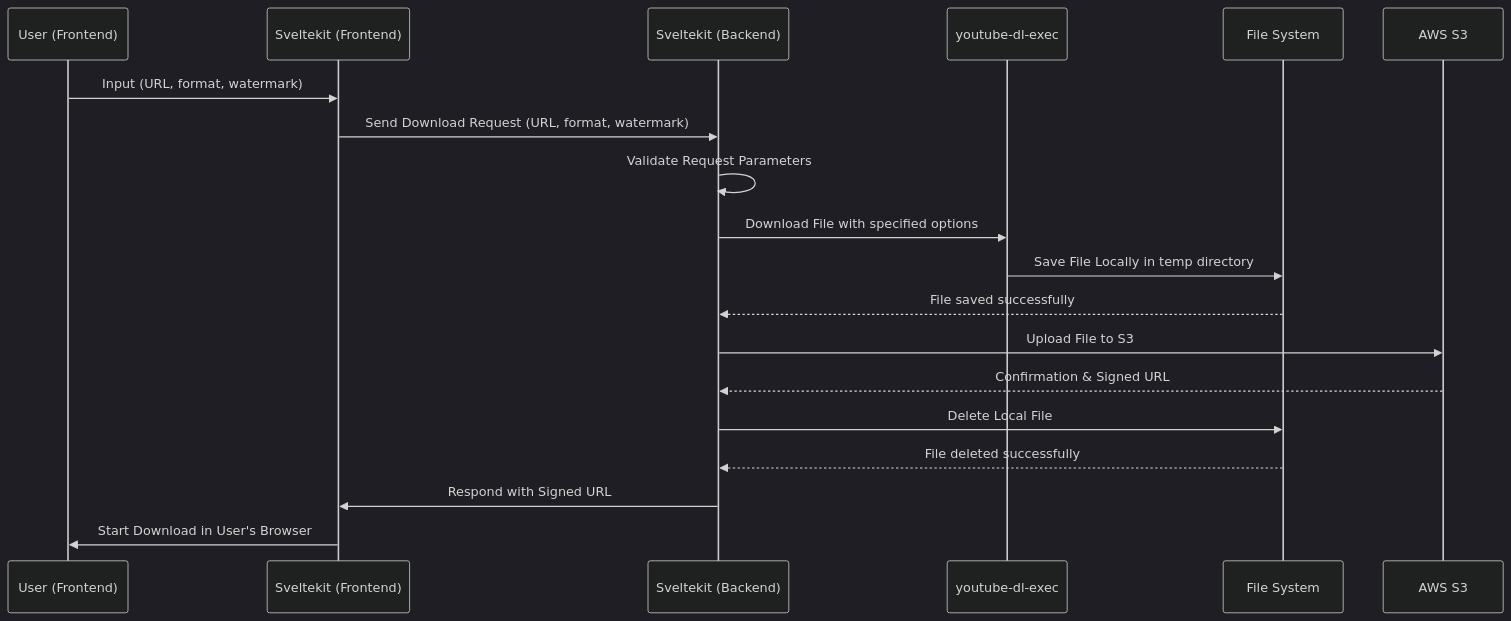
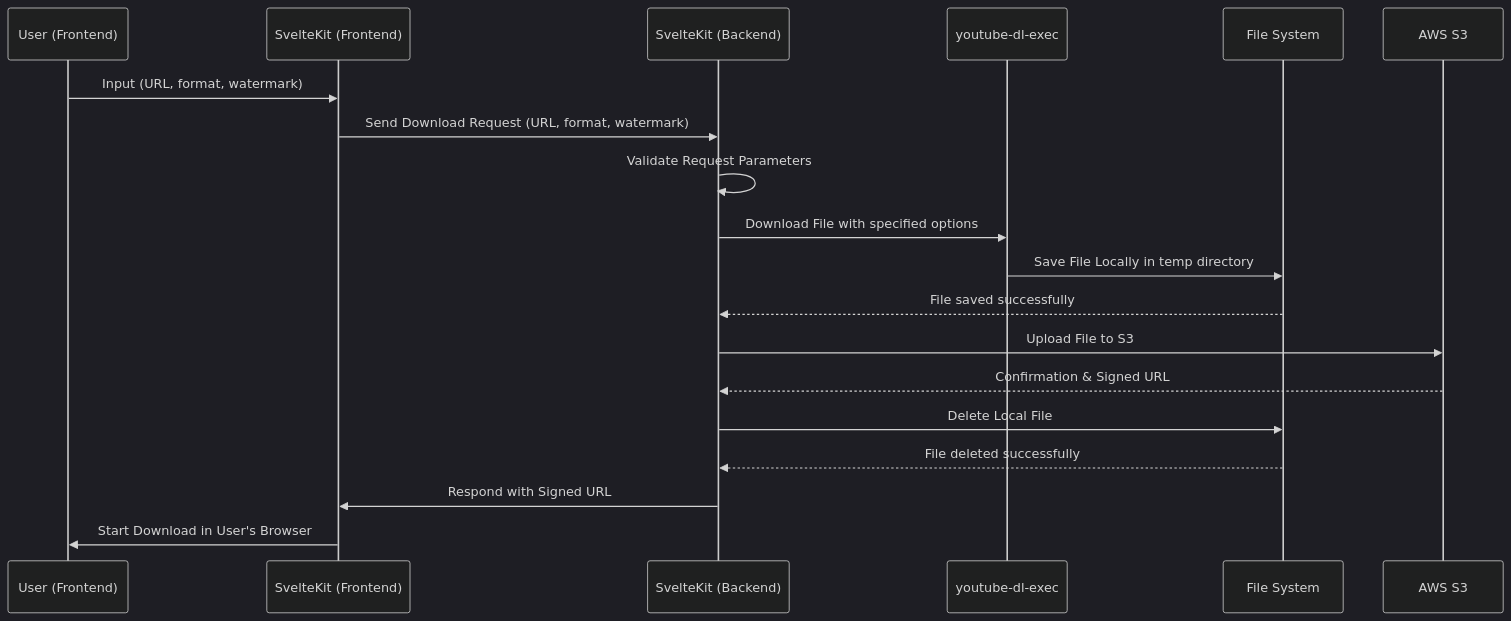
The diagram in README.md (gursheyss/download-aio), drawn with Mermaid (dark theme) before and after one commit. The commit also changed other lines of this file and 4 other files, not shown here.

````diff
--- a/README.md
+++ b/README.md
@@ -18,22 +19,22 @@
 ```mermaid
 sequenceDiagram
     participant User as User (Frontend)
-    participant Svelte as Sveltekit (Frontend)
-    participant Server as Sveltekit (Backend)
+    participant Svelte as SvelteKit (Frontend)
+    participant Server as SvelteKit (Backend)
     participant YDL as youtube-dl-exec
     participant FS as File System
     participant S3 as AWS S3
 
     User->>Svelte: Input (URL, format, watermark)
     Svelte->>Server: Send Download Request (URL, format, watermark)
     Server->>Server: Validate Request Parameters
     Server->>YDL: Download File with specified options
     YDL->>FS: Save File Locally in temp directory
     FS-->>Server: File saved successfully
     Server->>S3: Upload File to S3
     S3-->>Server: Confirmation & Signed URL
     Server->>FS: Delete Local File
     FS-->>Server: File deleted successfully
     Server->>Svelte: Respond with Signed URL
     Svelte->>User: Start Download in User's Browser
 ```
````
